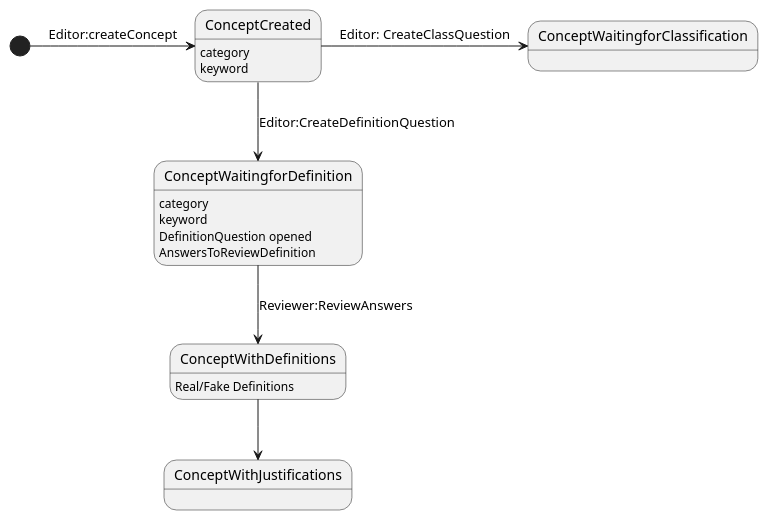
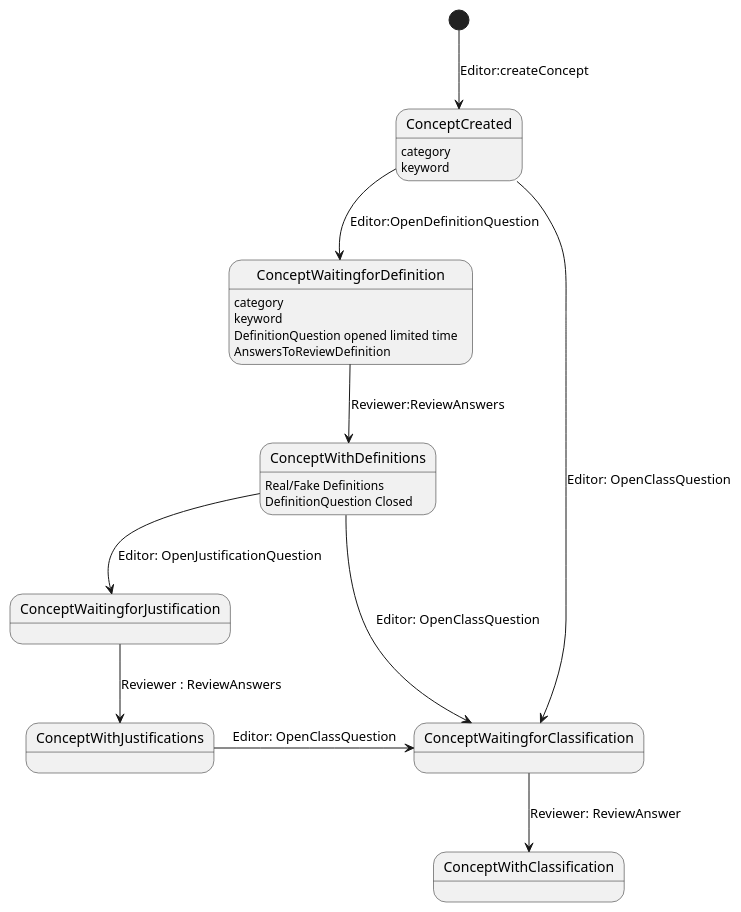
The diagram in doc/conceptStates.puml (Joselon/ProyectoOpoTest), drawn with PlantUML before and after one commit. The commit also changed 8 other files, not shown here.

```diff
--- a/doc/conceptStates.puml
+++ b/doc/conceptStates.puml
@@ -1,25 +1,29 @@
-@startuml CategoryStates
+@startuml ConceptStates
 
 state ConceptCreated
 state ConceptWaitingforDefinition
 state ConceptWaitingforClassification
 state ConceptWithDefinitions
 state ConceptWithJustifications
 
 
 ConceptCreated: category
 ConceptCreated: keyword
 ConceptWaitingforDefinition:category
 ConceptWaitingforDefinition:keyword
-ConceptWaitingforDefinition: DefinitionQuestion opened
+ConceptWaitingforDefinition: DefinitionQuestion opened limited time
 ConceptWaitingforDefinition: AnswersToReviewDefinition
 
 ConceptWithDefinitions: Real/Fake Definitions
+ConceptWithDefinitions: DefinitionQuestion Closed
 
-[*] -> ConceptCreated : Editor:createConcept
-ConceptCreated --> ConceptWaitingforDefinition : Editor:CreateDefinitionQuestion
-ConceptCreated -> ConceptWaitingforClassification : Editor: CreateClassQuestion
+[*] --> ConceptCreated : Editor:createConcept
+ConceptCreated --> ConceptWaitingforDefinition : Editor:OpenDefinitionQuestion
 ConceptWaitingforDefinition --> ConceptWithDefinitions : Reviewer:ReviewAnswers
-ConceptWithDefinitions --> ConceptWithJustifications
-
+ConceptWithDefinitions --> ConceptWaitingforJustification : Editor: OpenJustificationQuestion
+ConceptWaitingforJustification -->ConceptWithJustifications : Reviewer : ReviewAnswers
+ConceptCreated -> ConceptWaitingforClassification : Editor: OpenClassQuestion
+ConceptWaitingforClassification --> ConceptWithClassification : Reviewer: ReviewAnswer
+ConceptWithDefinitions -> ConceptWaitingforClassification : Editor: OpenClassQuestion
+ConceptWithJustifications -> ConceptWaitingforClassification : Editor: OpenClassQuestion
 @enduml
```
